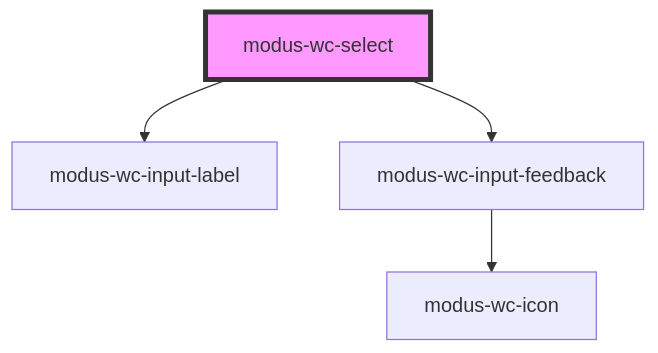
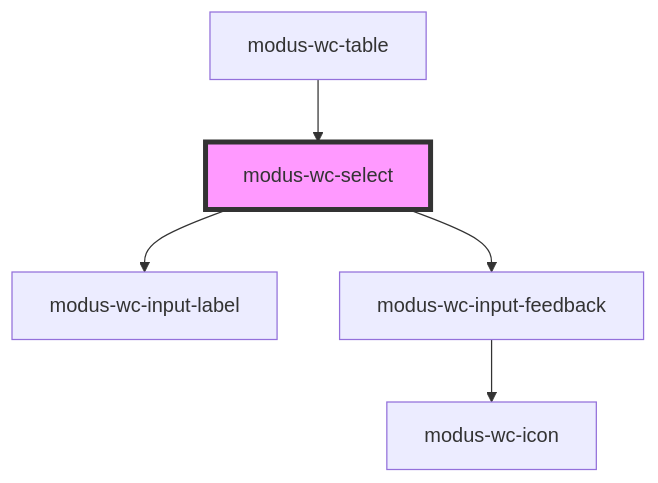
One commit to trimble-oss/modus-wc-2.0 changed the diagram in src/components/modus-wc-select/readme.md. Above: the diagram before and after it, drawn with Mermaid. The commit also changed other lines of this file and 5 other files, not shown here.

````diff
--- a/src/components/modus-wc-select/readme.md
+++ b/src/components/modus-wc-select/readme.md
@@ -49,7 +53,8 @@
 ```mermaid
 graph TD;
   modus-wc-select --> modus-wc-input-label
   modus-wc-select --> modus-wc-input-feedback
   modus-wc-input-feedback --> modus-wc-icon
+  modus-wc-table --> modus-wc-select
   style modus-wc-select fill:#f9f,stroke:#333,stroke-width:4px
 ```
````
